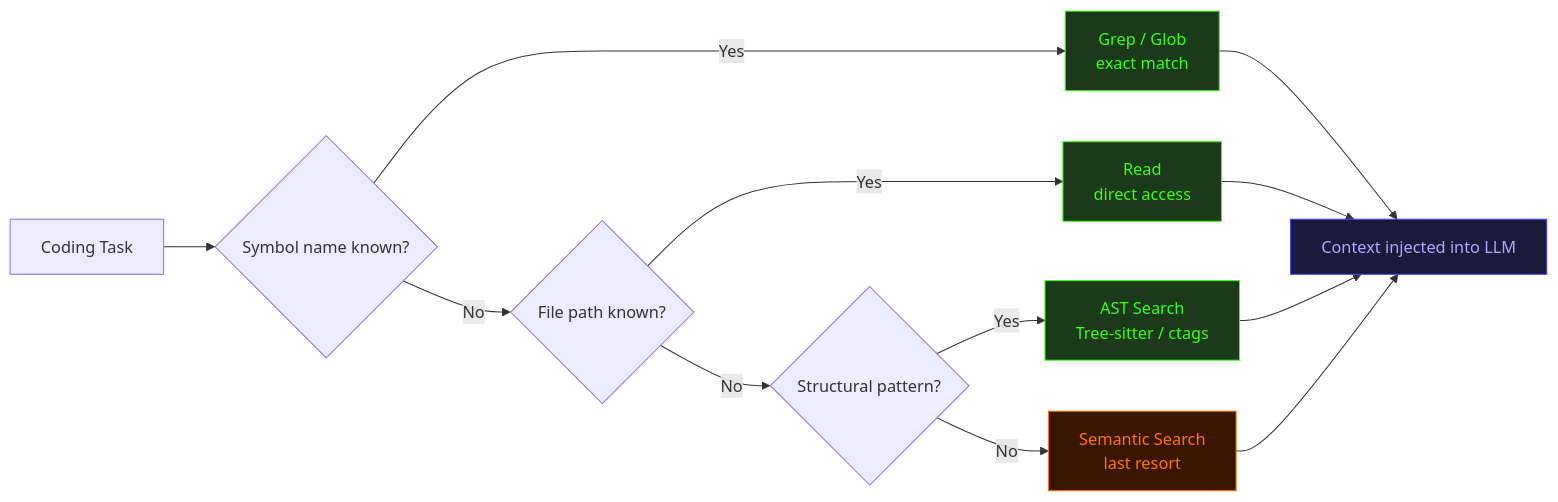
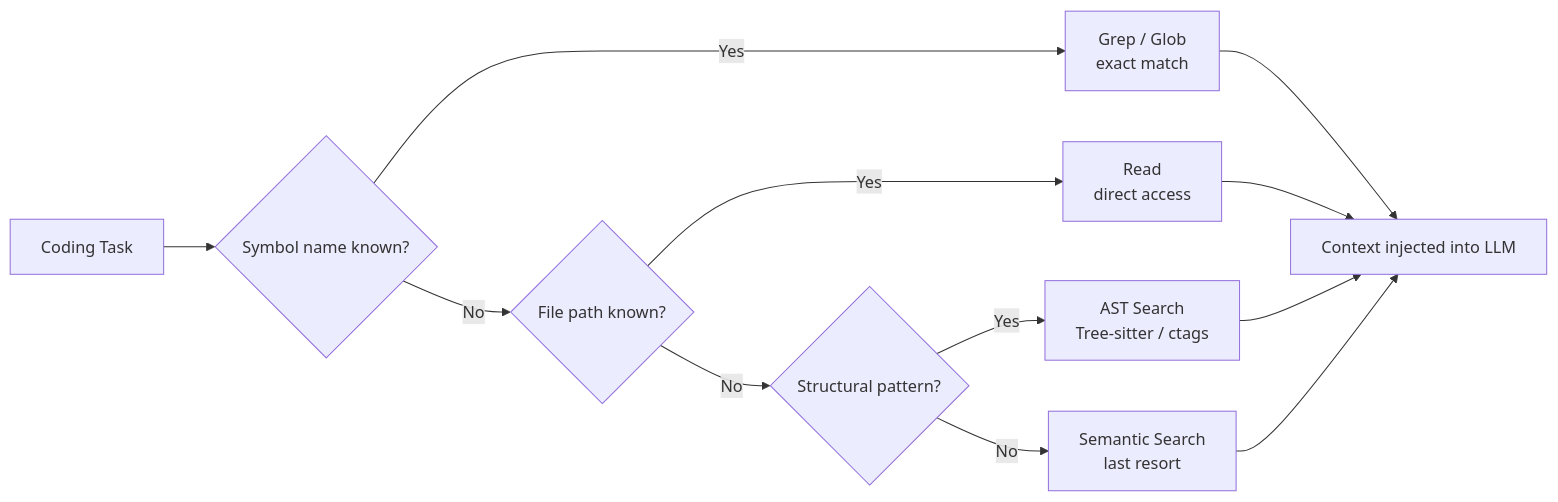
The third of 3 diagrams in 2026/02/19/rag-from-theory-to-enterprise.md (bet0x/barrahome-2026), drawn with Mermaid before and after one commit. The commit also changed other lines of this file, not shown here.

Commit message:
Fix mermaid styles/diamond syntax and convert tables to HTML

```diff
--- a/2026/02/19/rag-from-theory-to-enterprise.md
+++ b/2026/02/19/rag-from-theory-to-enterprise.md
@@ -287,21 +275,16 @@
 <div class="mermaid">
 graph LR
     TASK[Coding Task] --> Q1{Symbol name known?}
     Q1 -->|Yes| GREP[Grep / Glob<br/>exact match]
     Q1 -->|No| Q2{File path known?}
     Q2 -->|Yes| READ[Read<br/>direct access]
     Q2 -->|No| Q3{Structural pattern?}
     Q3 -->|Yes| AST[AST Search<br/>Tree-sitter / ctags]
     Q3 -->|No| SEM[Semantic Search<br/>last resort]
 
     GREP --> CTX[Context injected into LLM]
     READ --> CTX
     AST --> CTX
     SEM --> CTX
 
-    style GREP fill:#1a3a1a,stroke:#39ff14,color:#39ff14
-    style READ fill:#1a3a1a,stroke:#39ff14,color:#39ff14
-    style AST fill:#1a3a1a,stroke:#39ff14,color:#39ff14
-    style SEM fill:#3a1500,stroke:#ff7700,color:#ff7700
-    style CTX fill:#1a1a3a,stroke:#4444ff,color:#aaaaff
 </div>
```
